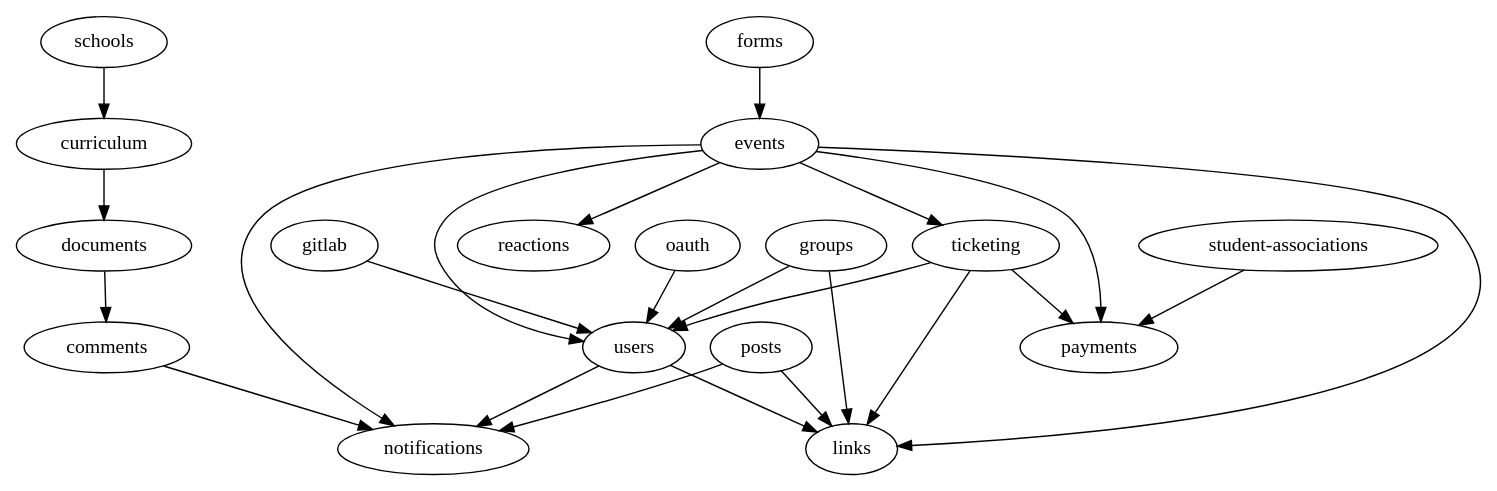
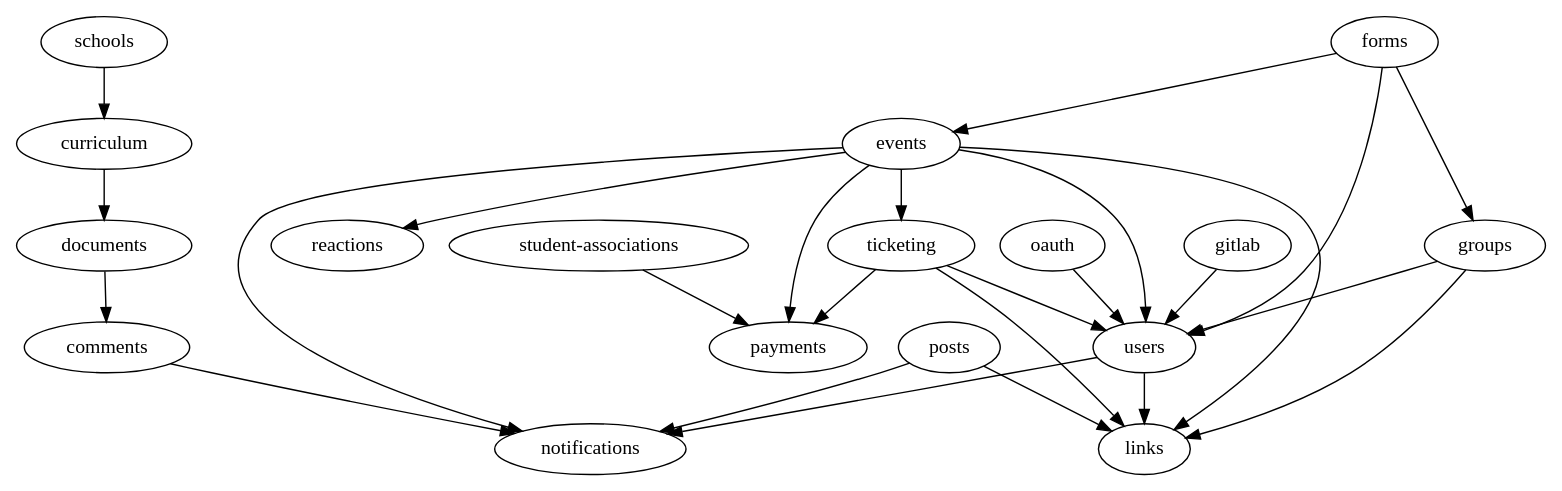
Before and after one commit to inp-net/churros: the diagram in packages/api/scripts/modules-import-graph.dot, drawn with Graphviz. The commit also changed 15 other files, not shown here.

```diff
--- a/packages/api/scripts/modules-import-graph.dot
+++ b/packages/api/scripts/modules-import-graph.dot
@@ -1,25 +1,27 @@
 strict digraph ImportGraph {
     "comments" -> "notifications";
     "curriculum" -> "documents";
     "documents" -> "comments";
+    "events" -> "ticketing";
     "events" -> "notifications";
     "events" -> "users";
     "events" -> "payments";
     "events" -> "reactions";
-    "events" -> "ticketing";
     "events" -> "links";
+    "forms" -> "users";
+    "forms" -> "groups";
     "forms" -> "events";
     "gitlab" -> "users";
     "groups" -> "links";
     "groups" -> "users";
     "oauth" -> "users";
     "posts" -> "notifications";
     "posts" -> "links";
     "schools" -> "curriculum";
     "student-associations" -> "payments";
     "ticketing" -> "payments";
     "ticketing" -> "links";
     "ticketing" -> "users";
     "users" -> "notifications";
     "users" -> "links";
 }
```
